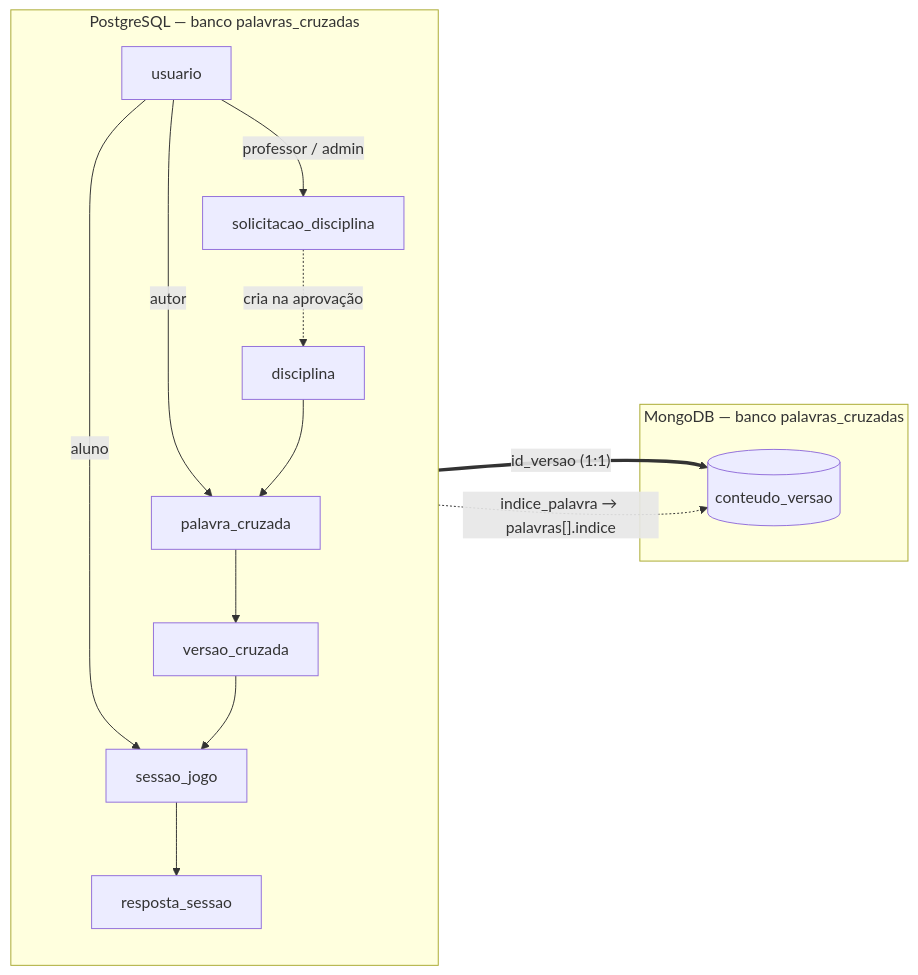
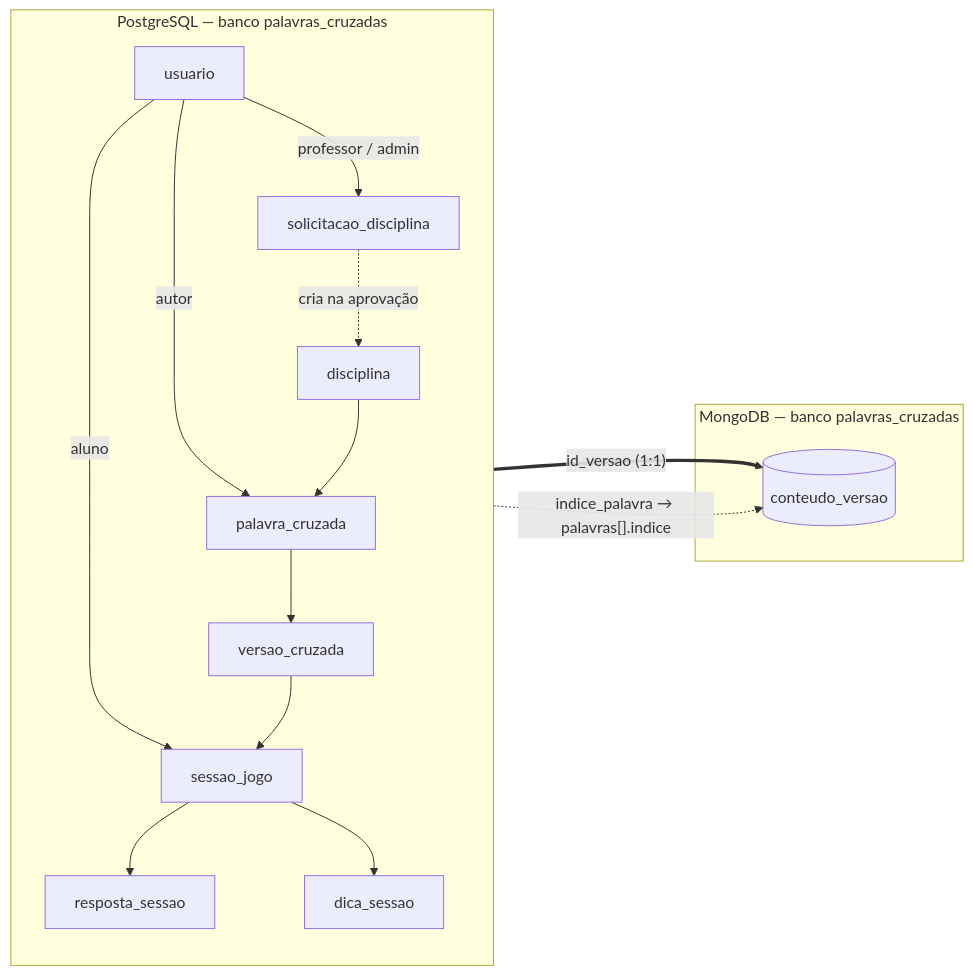
The first of 10 diagrams in docs/dicionario-de-dados.md (marceloareas/PalavrasCruzadas), drawn with Mermaid before and after one commit. The commit also changed other lines of this file and 42 other files, not shown here.

````diff
--- a/docs/dicionario-de-dados.md
+++ b/docs/dicionario-de-dados.md
@@ -15,27 +15,29 @@
 ```mermaid
 flowchart LR
     subgraph PG["PostgreSQL — banco palavras_cruzadas"]
         direction TB
         usuario
         disciplina
         solicitacao_disciplina
         palavra_cruzada
         versao_cruzada
         sessao_jogo
         resposta_sessao
+        dica_sessao
     end
     subgraph MG["MongoDB — banco palavras_cruzadas"]
         conteudo_versao[(conteudo_versao)]
     end
 
     usuario -->|autor| palavra_cruzada
     usuario -->|professor / admin| solicitacao_disciplina
     usuario -->|aluno| sessao_jogo
     disciplina --> palavra_cruzada
     solicitacao_disciplina -.->|cria na aprovação| disciplina
     palavra_cruzada --> versao_cruzada
     versao_cruzada --> sessao_jogo
     sessao_jogo --> resposta_sessao
+    sessao_jogo --> dica_sessao
     versao_cruzada ==>|"id_versao (1:1)"| conteudo_versao
     resposta_sessao -.->|"indice_palavra → palavras[].indice"| conteudo_versao
 ```
````
